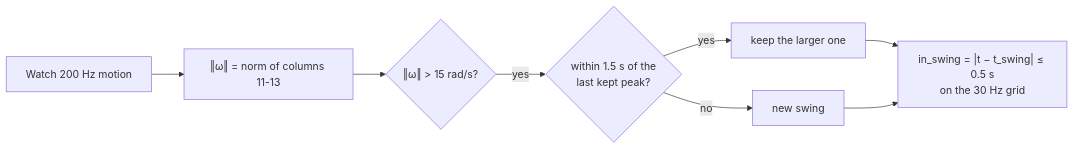
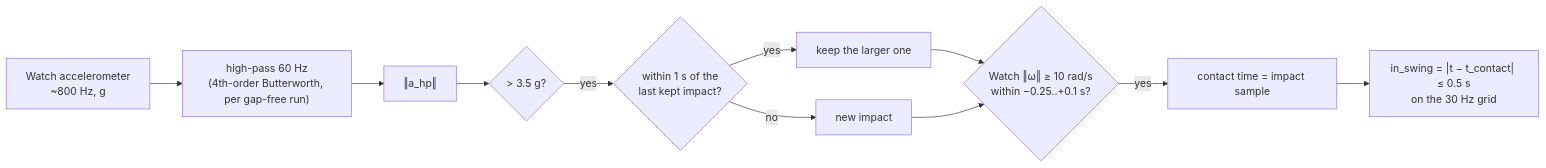
The fourth of 7 diagrams in docs/method_details/shared_pipeline.md (janys0v0/IMU-Sports-Instructor), drawn with Mermaid before and after one commit. The commit also changed other lines of this file and 43 other files, not shown here.

````diff
--- a/docs/method_details/shared_pipeline.md
+++ b/docs/method_details/shared_pipeline.md
@@ -193,9 +193,12 @@
 ```mermaid
 flowchart LR
-    HF[Watch 200 Hz motion] --> N["‖ω‖ = norm of columns 11-13"]
-    N --> T{"‖ω‖ > 15 rad/s?"}
-    T -- yes --> G{"within 1.5 s of the<br/>last kept peak?"}
+    ACC["Watch accelerometer<br/>~800 Hz, g"] --> HP["high-pass 60 Hz<br/>(4th-order Butterworth, per gap-free run)"]
+    HP --> N["‖a_hp‖"]
+    N --> T{"> 3.5 g?"}
+    T -- yes --> G{"within 1 s of the<br/>last kept impact?"}
     G -- yes --> MX[keep the larger one]
-    G -- no --> NEW[new swing]
-    MX & NEW --> WIN["in_swing = |t − t_swing| ≤ 0.5 s<br/>on the 30 Hz grid"]
+    G -- no --> NEW[new impact]
+    MX & NEW --> W{"Watch ‖ω‖ ≥ 10 rad/s<br/>within −0.25..+0.1 s?"}
+    W -- yes --> HIT["contact time = impact sample"]
+    HIT --> WIN["in_swing = |t − t_contact| ≤ 0.5 s<br/>on the 30 Hz grid"]
 ```
````
